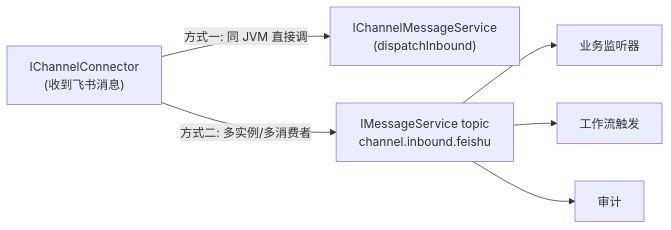
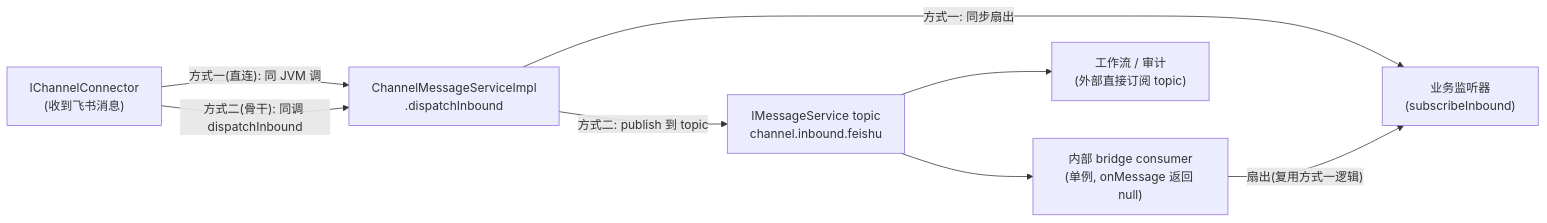
Before and after one commit to entropy-cloud/nop-entropy: the second of 3 diagrams in ai-dev/design/nop-ai-channel-integration-design.md, drawn with Mermaid. The commit also changed other lines of this file and 3 other files, not shown here.

First line of the commit message:
docs(nop-ai-channel-integration): plan-2026-08-09-2000 设计/roadmap/日志/计划收口

````diff
--- a/ai-dev/design/nop-ai-channel-integration-design.md
+++ b/ai-dev/design/nop-ai-channel-integration-design.md
@@ -106,14 +106,18 @@
 ```mermaid
 flowchart LR
     FC["IChannelConnector<br/>(收到飞书消息)"]
-    CMS["IChannelMessageService<br/>(dispatchInbound)"]
+    CMS["ChannelMessageServiceImpl<br/>.dispatchInbound"]
     MQ["IMessageService topic<br/>channel.inbound.feishu"]
-    H1["业务监听器"]
-    H2["工作流触发"]
-    H3["审计"]
-    FC -->|"方式一: 同 JVM 直接调"| CMS
-    FC -->|"方式二: 多实例/多消费者"| MQ
-    MQ --> H1
+    BR["内部 bridge consumer<br/>(单例, onMessage 返回 null)"]
+    H1["业务监听器<br/>(subscribeInbound)"]
+    H2["工作流 / 审计<br/>(外部直接订阅 topic)"]
+
+    FC -->|"方式一(直连): 同 JVM 调"| CMS
+    CMS -->|"方式一: 同步扇出"| H1
+
+    FC -->|"方式二(骨干): 同调 dispatchInbound"| CMS
+    CMS -->|"方式二: publish 到 topic"| MQ
+    MQ --> BR
+    BR -->|"扇出(复用方式一逻辑)"| H1
     MQ --> H2
-    MQ --> H3
 ```
````
